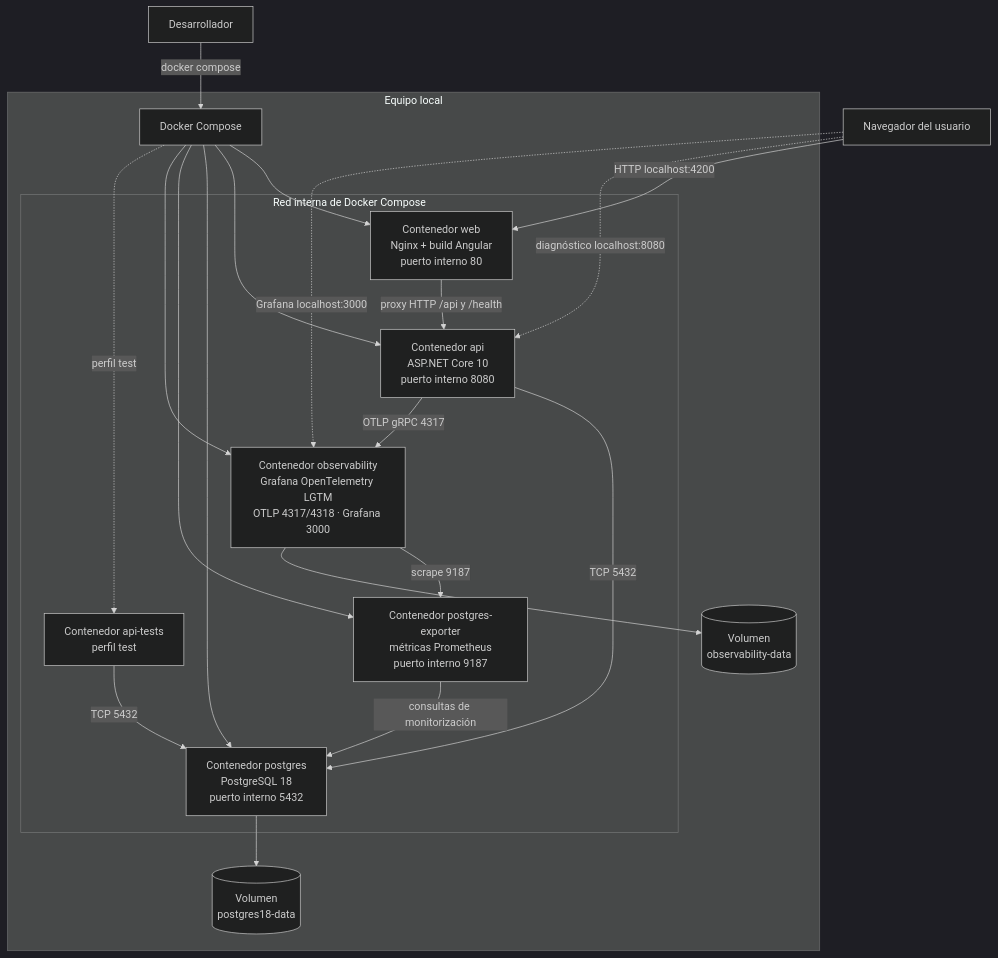
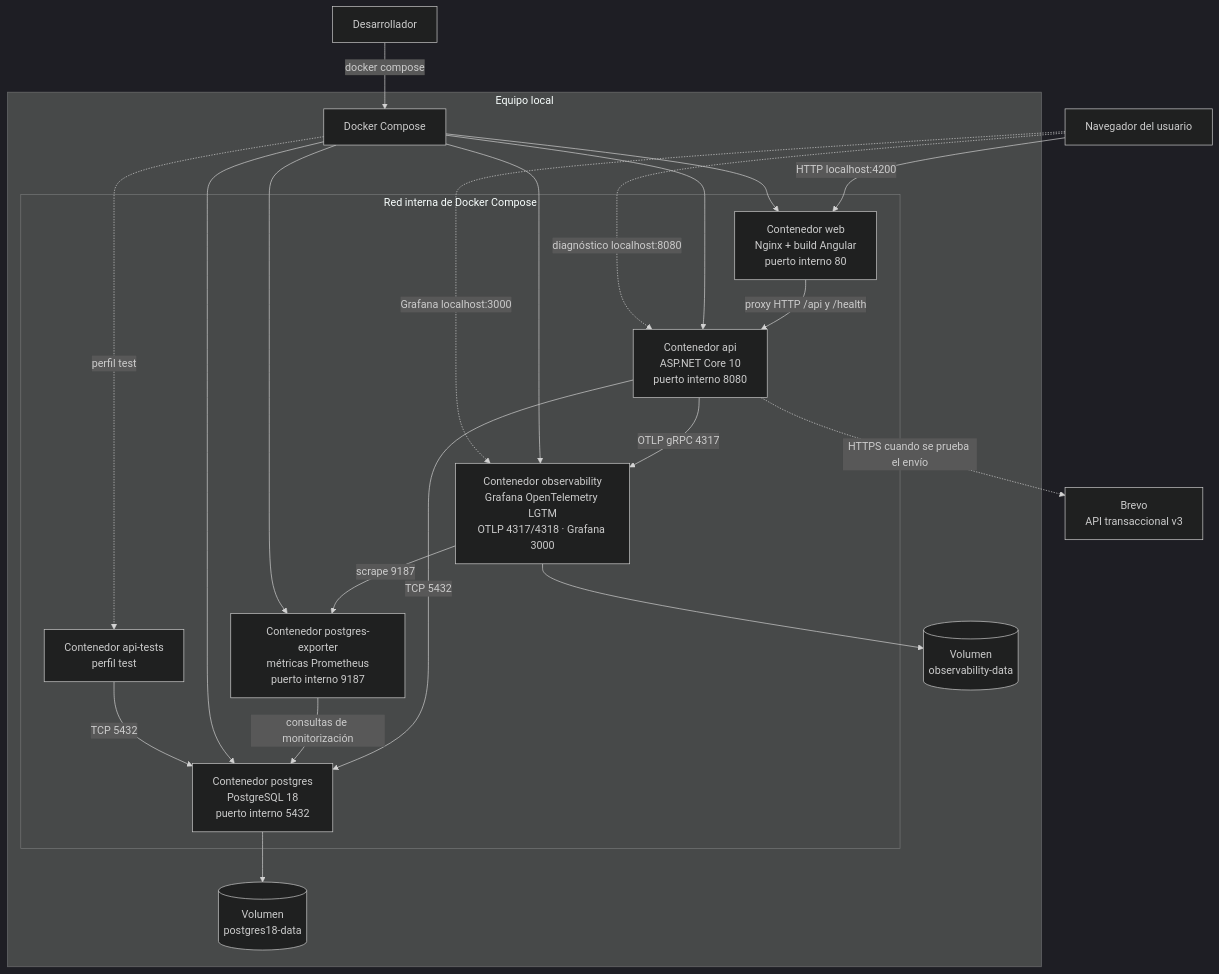
One commit to PeterBFoo/dnd-campaign-manager changed the first of 2 diagrams in docs/architecture/diagrama-de-despliegue.md. Above: the diagram before and after it, drawn with Mermaid (dark theme). The commit also changed other lines of this file and 20 other files, not shown here.

````diff
--- a/docs/architecture/diagrama-de-despliegue.md
+++ b/docs/architecture/diagrama-de-despliegue.md
@@ -10,42 +10,44 @@
 ```mermaid
 flowchart TB
     browser["Navegador del usuario"]
     developer["Desarrollador"]
+    brevo["Brevo<br/>API transaccional v3"]
 
     subgraph host["Equipo local"]
         compose["Docker Compose"]
 
         subgraph network["Red interna de Docker Compose"]
             web["Contenedor web<br/>Nginx + build Angular<br/>puerto interno 80"]
             api["Contenedor api<br/>ASP.NET Core 10<br/>puerto interno 8080"]
             postgres["Contenedor postgres<br/>PostgreSQL 18<br/>puerto interno 5432"]
             postgres_exporter["Contenedor postgres-exporter<br/>métricas Prometheus<br/>puerto interno 9187"]
             lgtm["Contenedor observability<br/>Grafana OpenTelemetry LGTM<br/>OTLP 4317/4318 · Grafana 3000"]
             tests["Contenedor api-tests<br/>perfil test"]
         end
 
         postgres_volume[("Volumen<br/>postgres18-data")]
         telemetry_volume[("Volumen<br/>observability-data")]
     end
 
     browser -->|"HTTP localhost:4200"| web
     web -->|"proxy HTTP /api y /health"| api
     api -->|"TCP 5432"| postgres
     api -->|"OTLP gRPC 4317"| lgtm
+    api -.->|"HTTPS cuando se prueba el envío"| brevo
     postgres_exporter -->|"consultas de monitorización"| postgres
     lgtm -->|"scrape 9187"| postgres_exporter
 
     developer -->|"docker compose"| compose
     compose --> web
     compose --> api
     compose --> postgres
     compose --> postgres_exporter
     compose --> lgtm
     compose -.->|"perfil test"| tests
     tests -->|"TCP 5432"| postgres
 
     browser -.->|"diagnóstico localhost:8080"| api
     browser -.->|"Grafana localhost:3000"| lgtm
     postgres --> postgres_volume
     lgtm --> telemetry_volume
 ```
````
